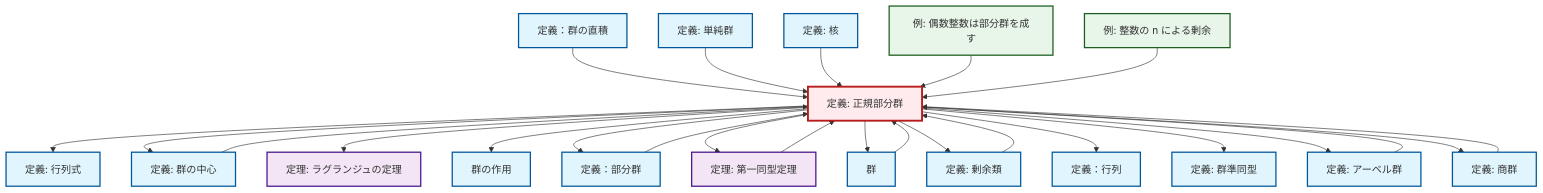
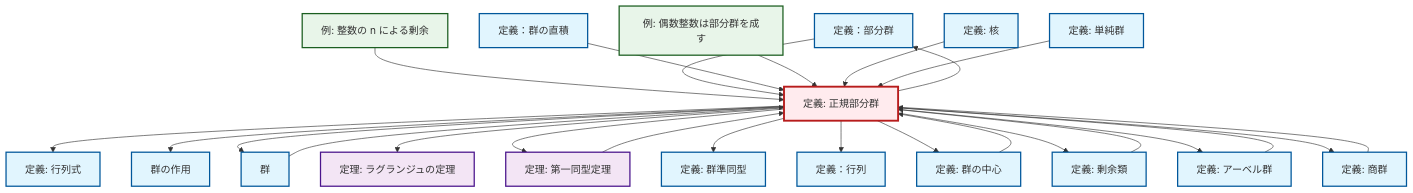
Before and after one commit to RK0429/ModernMath: the diagram in content/ja/algebra/def-normal-subgroup.qmd, drawn with Mermaid. The commit also changed 672 other files, not shown here.

````diff
--- a/content/ja/algebra/def-normal-subgroup.qmd
+++ b/content/ja/algebra/def-normal-subgroup.qmd
@@ -97,69 +97,69 @@
 ```{mermaid}
-%%| fig-cap: "Local dependency graph"
+%%| fig-cap: "ローカル依存関係グラフ"
 graph TD
     classDef definition fill:#e1f5fe,stroke:#01579b,stroke-width:2px
     classDef theorem fill:#f3e5f5,stroke:#4a148c,stroke-width:2px
     classDef axiom fill:#fff3e0,stroke:#e65100,stroke-width:2px
     classDef example fill:#e8f5e9,stroke:#1b5e20,stroke-width:2px
     classDef current fill:#ffebee,stroke:#b71c1c,stroke-width:3px
+    def-subgroup["定義：部分群"]:::definition
+    def-normal-subgroup["定義: 正規部分群"]:::definition
+    def-quotient-group["定義: 商群"]:::definition
+    def-direct-product["定義：群の直積"]:::definition
+    def-determinant["定義: 行列式"]:::definition
+    ex-quotient-integers-mod-n["例: 整数の n による剰余"]:::example
+    def-matrix["定義：行列"]:::definition
+    ex-even-integers-subgroup["例: 偶数整数は部分群を成す"]:::example
+    thm-first-isomorphism["定理: 第一同型定理"]:::theorem
+    def-homomorphism["定義: 群準同型"]:::definition
+    thm-lagrange["定理: ラグランジュの定理"]:::theorem
+    def-group["群"]:::definition
+    def-coset["定義: 剰余類"]:::definition
+    def-center-of-group["定義: 群の中心"]:::definition
     def-simple-group["定義: 単純群"]:::definition
     def-kernel["定義: 核"]:::definition
-    def-subgroup["定義：部分群"]:::definition
-    def-homomorphism["定義: 群準同型"]:::definition
-    ex-quotient-integers-mod-n["例: 整数の n による剰余"]:::example
     def-group-action["群の作用"]:::definition
     def-abelian-group["定義: アーベル群"]:::definition
-    thm-lagrange["定理: ラグランジュの定理"]:::theorem
-    def-normal-subgroup["定義: 正規部分群"]:::definition
-    def-matrix["定義：行列"]:::definition
-    def-center-of-group["定義: 群の中心"]:::definition
-    def-coset["定義: 剰余類"]:::definition
-    def-determinant["定義: 行列式"]:::definition
-    def-quotient-group["定義: 商群"]:::definition
-    def-direct-product["定義：群の直積"]:::definition
-    thm-first-isomorphism["定理: 第一同型定理"]:::theorem
-    def-group["群"]:::definition
-    ex-even-integers-subgroup["例: 偶数整数は部分群を成す"]:::example
-    def-coset --> def-normal-subgroup
+    ex-quotient-integers-mod-n --> def-normal-subgroup
     def-normal-subgroup --> def-determinant
+    def-normal-subgroup --> def-group-action
+    thm-first-isomorphism --> def-normal-subgroup
+    def-subgroup --> def-normal-subgroup
+    def-normal-subgroup --> def-group
     def-direct-product --> def-normal-subgroup
+    def-normal-subgroup --> thm-lagrange
+    def-normal-subgroup --> thm-first-isomorphism
+    def-normal-subgroup --> def-homomorphism
+    def-normal-subgroup --> def-subgroup
+    def-abelian-group --> def-normal-subgroup
+    ex-even-integers-subgroup --> def-normal-subgroup
+    def-normal-subgroup --> def-matrix
     def-normal-subgroup --> def-center-of-group
-    def-simple-group --> def-normal-subgroup
-    def-abelian-group --> def-normal-subgroup
-    def-subgroup --> def-normal-subgroup
     def-group --> def-normal-subgroup
-    def-normal-subgroup --> thm-lagrange
-    def-center-of-group --> def-normal-subgroup
-    def-normal-subgroup --> def-group-action
-    def-normal-subgroup --> def-subgroup
-    def-quotient-group --> def-normal-subgroup
-    def-normal-subgroup --> thm-first-isomorphism
-    thm-first-isomorphism --> def-normal-subgroup
-    def-normal-subgroup --> def-group
     def-kernel --> def-normal-subgroup
     def-normal-subgroup --> def-coset
-    ex-even-integers-subgroup --> def-normal-subgroup
-    def-normal-subgroup --> def-matrix
-    def-normal-subgroup --> def-homomorphism
+    def-quotient-group --> def-normal-subgroup
     def-normal-subgroup --> def-abelian-group
     def-normal-subgroup --> def-quotient-group
-    ex-quotient-integers-mod-n --> def-normal-subgroup
+    def-simple-group --> def-normal-subgroup
+    def-center-of-group --> def-normal-subgroup
+    def-coset --> def-normal-subgroup
     class def-normal-subgroup current
+    click def-subgroup "def-subgroup.html" "定義：部分群へ"
+    click def-quotient-group "def-quotient-group.html" "商群の定義へ"
+    click def-direct-product "def-direct-product.html" "定義：群の直積へ"
+    click def-determinant "def-determinant.html" "行列式の定義へ"
+    click ex-quotient-integers-mod-n "ex-quotient-integers-mod-n.html" "整数の n による剰余の例へ"
+    click def-matrix "def-matrix.html" "定義：行列へ"
+    click ex-even-integers-subgroup "ex-even-integers-subgroup.html" "偶数整数は部分群を成すの例へ"
+    click thm-first-isomorphism "thm-first-isomorphism.html" "第一同型定理の定理へ"
+    click def-homomorphism "def-homomorphism.html" "群準同型の定義へ"
+    click thm-lagrange "thm-lagrange.html" "ラグランジュの定理の定理へ"
+    click def-group "def-group.html" "群へ"
+    click def-coset "def-coset.html" "剰余類の定義へ"
+    click def-center-of-group "def-center-of-group.html" "群の中心の定義へ"
     click def-simple-group "def-simple-group.html" "単純群の定義へ"
     click def-kernel "def-kernel.html" "核の定義へ"
-    click def-subgroup "def-subgroup.html" "定義：部分群へ"
-    click def-homomorphism "def-homomorphism.html" "群準同型の定義へ"
-    click ex-quotient-integers-mod-n "ex-quotient-integers-mod-n.html" "整数の n による剰余の例へ"
     click def-group-action "def-group-action.html" "群の作用へ"
     click def-abelian-group "def-abelian-group.html" "アーベル群の定義へ"
-    click thm-lagrange "thm-lagrange.html" "ラグランジュの定理の定理へ"
-    click def-matrix "def-matrix.html" "定義：行列へ"
-    click def-center-of-group "def-center-of-group.html" "群の中心の定義へ"
-    click def-coset "def-coset.html" "剰余類の定義へ"
-    click def-determinant "def-determinant.html" "行列式の定義へ"
-    click def-quotient-group "def-quotient-group.html" "商群の定義へ"
-    click def-direct-product "def-direct-product.html" "定義：群の直積へ"
-    click thm-first-isomorphism "thm-first-isomorphism.html" "第一同型定理の定理へ"
-    click def-group "def-group.html" "群へ"
-    click ex-even-integers-subgroup "ex-even-integers-subgroup.html" "偶数整数は部分群を成すの例へ"
 ```
````
